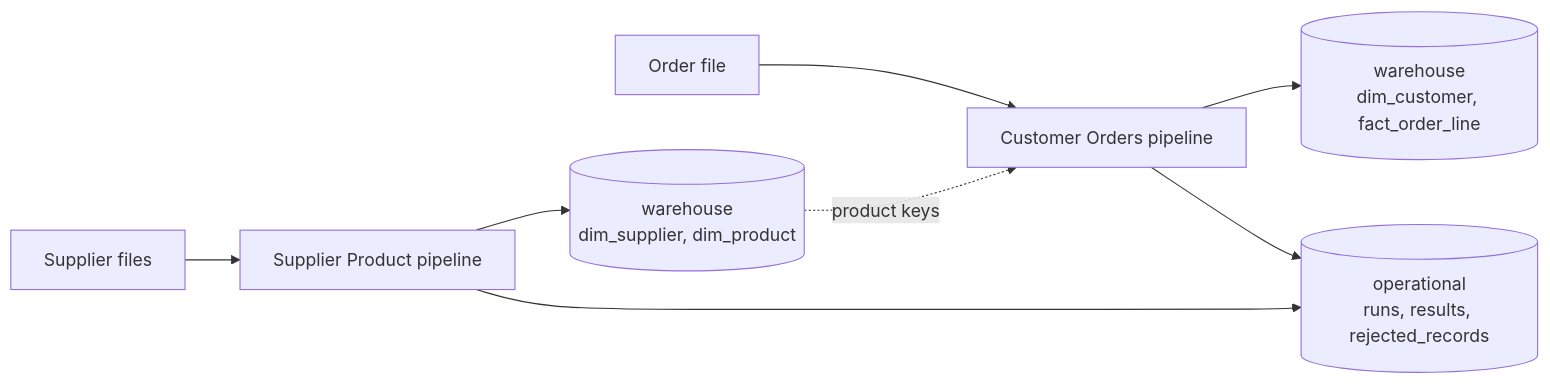
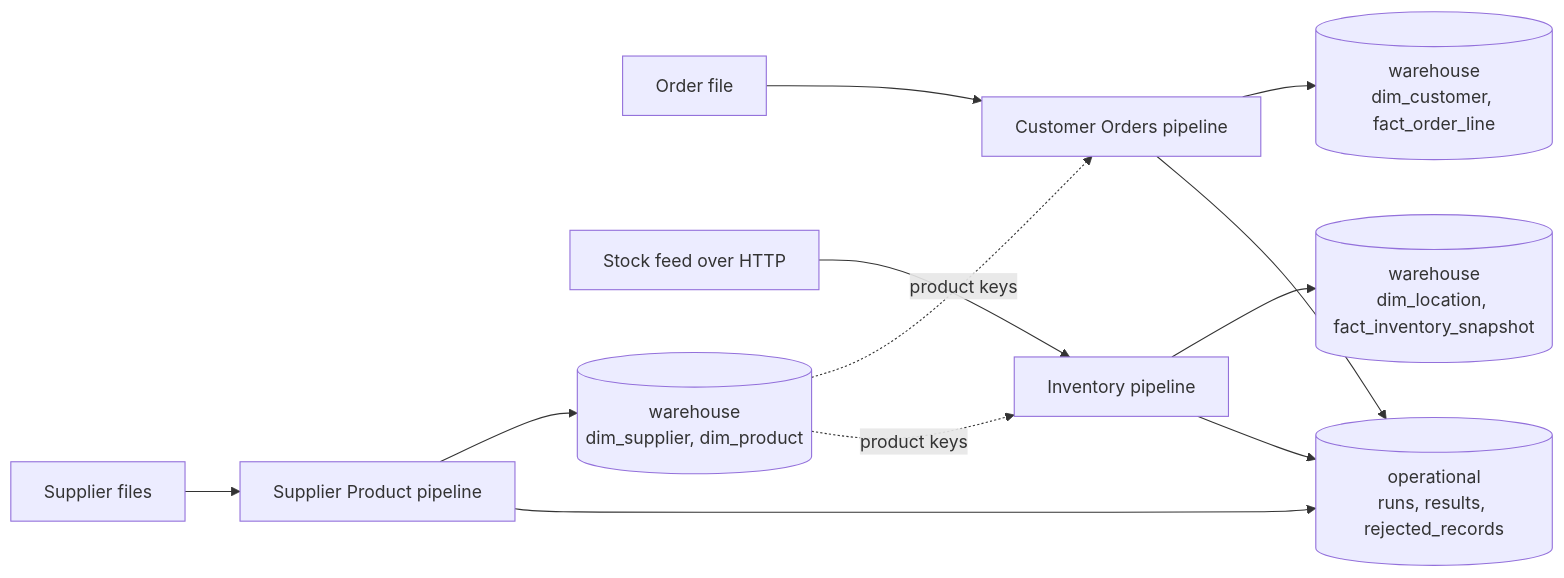
Before and after one commit to yaya-soumah/agpp-data-platform: the first of 2 diagrams in README.md, drawn with Mermaid. The commit also changed other lines of this file and 4 other files, not shown here.

Commit message:
test: add inventory end-to-end tests, a three-pipeline platform test and docs (#44)

````diff
--- a/README.md
+++ b/README.md
@@ -32,10 +32,14 @@
 ```mermaid
 flowchart LR
     SF[Supplier files] --> SP[Supplier Product pipeline]
     OF[Order file] --> CO[Customer Orders pipeline]
+    API[Stock feed over HTTP] --> INV[Inventory pipeline]
     SP --> DS[("warehouse<br/>dim_supplier, dim_product")]
     CO --> DC[("warehouse<br/>dim_customer, fact_order_line")]
+    INV --> DL[("warehouse<br/>dim_location, fact_inventory_snapshot")]
     DS -. product keys .-> CO
+    DS -. product keys .-> INV
     SP --> OP[("operational<br/>runs, results, rejected_records")]
     CO --> OP
+    INV --> OP
 ```
````
